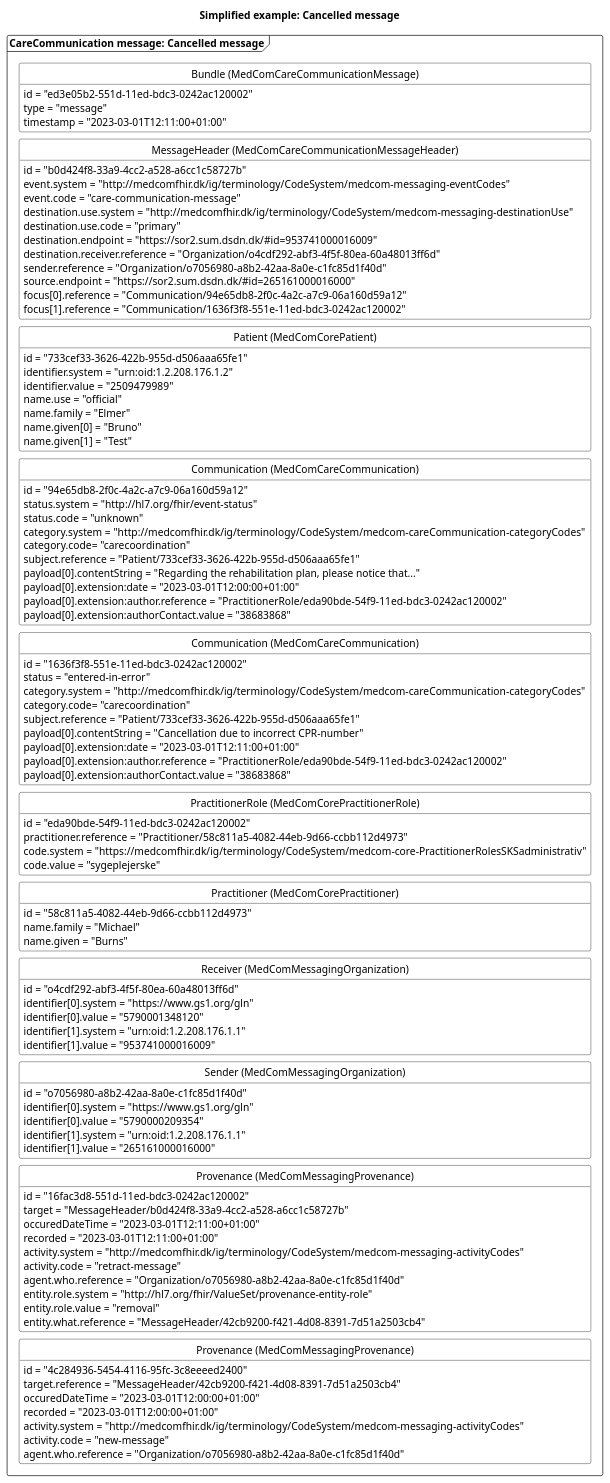
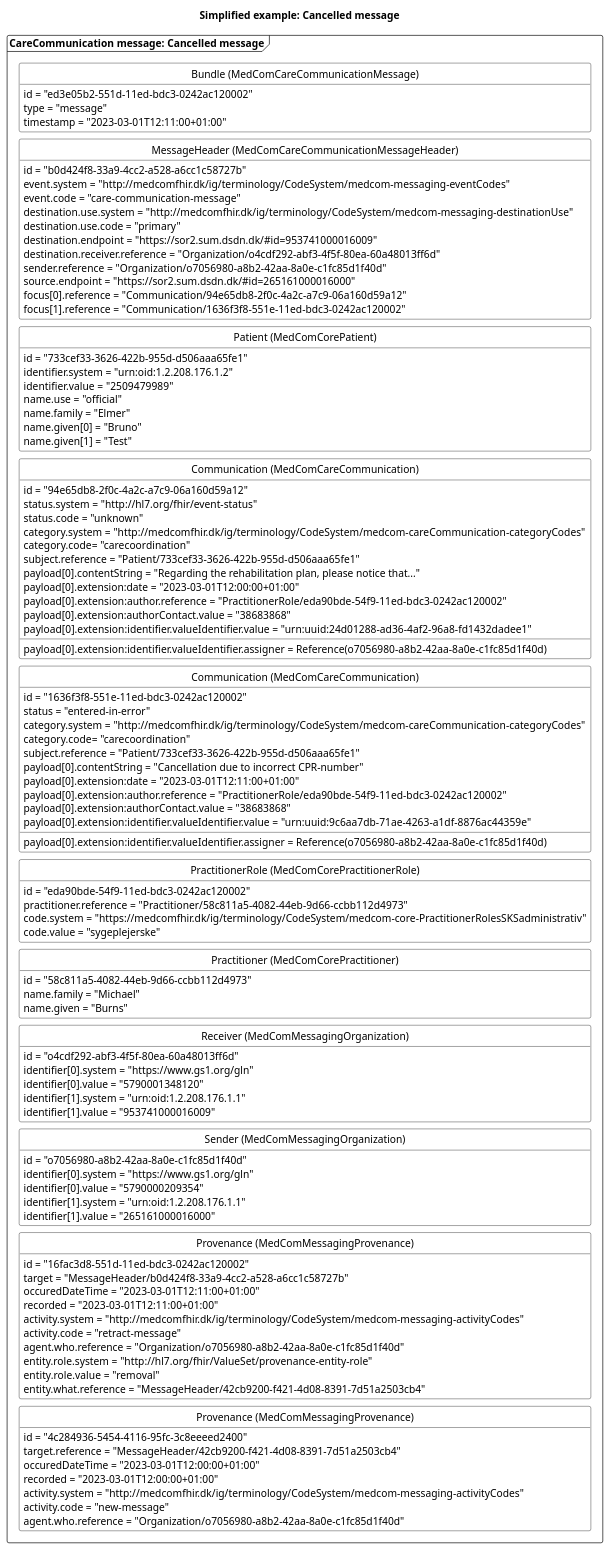
One commit to medcomdk/dk-medcom-carecommunication changed the diagram in puml/CareCommunicationNewMessageCancelled.puml. Above: the diagram before and after it, drawn with PlantUML. The commit also changed 22 other files, not shown here.

```diff
--- a/puml/CareCommunicationNewMessageCancelled.puml
+++ b/puml/CareCommunicationNewMessageCancelled.puml
@@ -1,129 +1,133 @@
 @startuml CCcancelMessage
 
 'layout
 skinparam class {
     BackgroundColor White
     BorderColor Black
     ArrowColor Black
   }
 hide circle
 hide empty members
 skinparam SameClassWidth true
 skinparam Ranksep 10
 
 
 'title
 title Simplified example: Cancelled message
 
 'Message 1: error message
 package "CareCommunication message: Cancelled message" as error <<Frame>>{
     class "Bundle (MedComCareCommunicationMessage)" as errorB {
         id = "ed3e05b2-551d-11ed-bdc3-0242ac120002"
         type = "message"
         timestamp = "2023-03-01T12:11:00+01:00"
     }
     class "MessageHeader (MedComCareCommunicationMessageHeader)" as errorMH{
         id = "b0d424f8-33a9-4cc2-a528-a6cc1c58727b"
         event.system = "http://medcomfhir.dk/ig/terminology/CodeSystem/medcom-messaging-eventCodes"
         event.code = "care-communication-message"
         destination.use.system = "http://medcomfhir.dk/ig/terminology/CodeSystem/medcom-messaging-destinationUse"
         destination.use.code = "primary"
         destination.endpoint = "https://sor2.sum.dsdn.dk/#id=953741000016009"
         destination.receiver.reference = "Organization/o4cdf292-abf3-4f5f-80ea-60a48013ff6d"
         sender.reference = "Organization/o7056980-a8b2-42aa-8a0e-c1fc85d1f40d"
         source.endpoint = "https://sor2.sum.dsdn.dk/#id=265161000016000"
         focus[0].reference = "Communication/94e65db8-2f0c-4a2c-a7c9-06a160d59a12"
         focus[1].reference = "Communication/1636f3f8-551e-11ed-bdc3-0242ac120002"
     }
     class "Patient (MedComCorePatient)" as errorPT{
         id = "733cef33-3626-422b-955d-d506aaa65fe1"
         identifier.system = "urn:oid:1.2.208.176.1.2"
         identifier.value = "2509479989"
         name.use = "official"
         name.family = "Elmer"
         name.given[0] = "Bruno"
         name.given[1] = "Test"
     }
     class "Communication (MedComCareCommunication)" as newCom{
         id = "94e65db8-2f0c-4a2c-a7c9-06a160d59a12"
         status.system = "http://hl7.org/fhir/event-status" 
         status.code = "unknown"
         category.system = "http://medcomfhir.dk/ig/terminology/CodeSystem/medcom-careCommunication-categoryCodes"
         category.code= "carecoordination"
         subject.reference = "Patient/733cef33-3626-422b-955d-d506aaa65fe1"
         payload[0].contentString = "Regarding the rehabilitation plan, please notice that..."
         payload[0].extension:date = "2023-03-01T12:00:00+01:00"
         payload[0].extension:author.reference = "PractitionerRole/eda90bde-54f9-11ed-bdc3-0242ac120002"
         payload[0].extension:authorContact.value = "38683868"
+        payload[0].extension:identifier.valueIdentifier.value = "urn:uuid:24d01288-ad36-4af2-96a8-fd1432dadee1"
+        payload[0].extension:identifier.valueIdentifier.assigner = Reference(o7056980-a8b2-42aa-8a0e-c1fc85d1f40d)
     }
     class "Communication (MedComCareCommunication)" as errorCom{
         id = "1636f3f8-551e-11ed-bdc3-0242ac120002"
         status = "entered-in-error"
         category.system = "http://medcomfhir.dk/ig/terminology/CodeSystem/medcom-careCommunication-categoryCodes"
         category.code= "carecoordination"
         subject.reference = "Patient/733cef33-3626-422b-955d-d506aaa65fe1"
         payload[0].contentString = "Cancellation due to incorrect CPR-number"
         payload[0].extension:date = "2023-03-01T12:11:00+01:00"
         payload[0].extension:author.reference = "PractitionerRole/eda90bde-54f9-11ed-bdc3-0242ac120002"
         payload[0].extension:authorContact.value = "38683868"
+        payload[0].extension:identifier.valueIdentifier.value = "urn:uuid:9c6aa7db-71ae-4263-a1df-8876ac44359e"
+        payload[0].extension:identifier.valueIdentifier.assigner = Reference(o7056980-a8b2-42aa-8a0e-c1fc85d1f40d)
     }
     class "PractitionerRole (MedComCorePractitionerRole)" as errorPracR{
         id = "eda90bde-54f9-11ed-bdc3-0242ac120002"
         practitioner.reference = "Practitioner/58c811a5-4082-44eb-9d66-ccbb112d4973"
         code.system = "https://medcomfhir.dk/ig/terminology/CodeSystem/medcom-core-PractitionerRolesSKSadministrativ"
         code.value = "sygeplejerske"
     }
     class "Practitioner (MedComCorePractitioner)" as errorPrac{
         id = "58c811a5-4082-44eb-9d66-ccbb112d4973"
         name.family = "Michael"
         name.given = "Burns"
     }
     class "Receiver (MedComMessagingOrganization)" as errorROrg{
         id = "o4cdf292-abf3-4f5f-80ea-60a48013ff6d"
         identifier[0].system = "https://www.gs1.org/gln"
         identifier[0].value = "5790001348120"
         identifier[1].system = "urn:oid:1.2.208.176.1.1"
         identifier[1].value = "953741000016009"
     }
     class "Sender (MedComMessagingOrganization)" as errorSOrg{
         id = "o7056980-a8b2-42aa-8a0e-c1fc85d1f40d"
         identifier[0].system = "https://www.gs1.org/gln"
         identifier[0].value = "5790000209354"
         identifier[1].system = "urn:oid:1.2.208.176.1.1"
         identifier[1].value = "265161000016000"
     }
     class "Provenance (MedComMessagingProvenance)" as errorPRO{
         id = "16fac3d8-551d-11ed-bdc3-0242ac120002"
         target = "MessageHeader/b0d424f8-33a9-4cc2-a528-a6cc1c58727b"
         occuredDateTime = "2023-03-01T12:11:00+01:00"
         recorded = "2023-03-01T12:11:00+01:00"
         activity.system = "http://medcomfhir.dk/ig/terminology/CodeSystem/medcom-messaging-activityCodes"
         activity.code = "retract-message"
         agent.who.reference = "Organization/o7056980-a8b2-42aa-8a0e-c1fc85d1f40d"
         entity.role.system = "http://hl7.org/fhir/ValueSet/provenance-entity-role"
         entity.role.value = "removal"
         entity.what.reference = "MessageHeader/42cb9200-f421-4d08-8391-7d51a2503cb4"
     }
     class "Provenance (MedComMessagingProvenance)" as newPRO{
         id = "4c284936-5454-4116-95fc-3c8eeeed2400"
         target.reference = "MessageHeader/42cb9200-f421-4d08-8391-7d51a2503cb4"
         occuredDateTime = "2023-03-01T12:00:00+01:00"
         recorded = "2023-03-01T12:00:00+01:00"
         activity.system = "http://medcomfhir.dk/ig/terminology/CodeSystem/medcom-messaging-activityCodes"
         activity.code = "new-message"
         agent.who.reference = "Organization/o7056980-a8b2-42aa-8a0e-c1fc85d1f40d"
     }
 
 errorB -[hidden]- errorMH
 errorMH -[hidden]-errorPT
 errorPT-[hidden]-newCom
 newCom -[hidden]-errorCom
 errorCom -[hidden]-errorPracR
 errorPracR-[hidden]-errorPrac
 errorPrac-[hidden]-errorROrg
 errorROrg-[hidden]- errorSOrg
 errorSOrg-[hidden]-errorPRO
 errorPRO-[hidden]-newPRO
 
 
 @enduml
```
